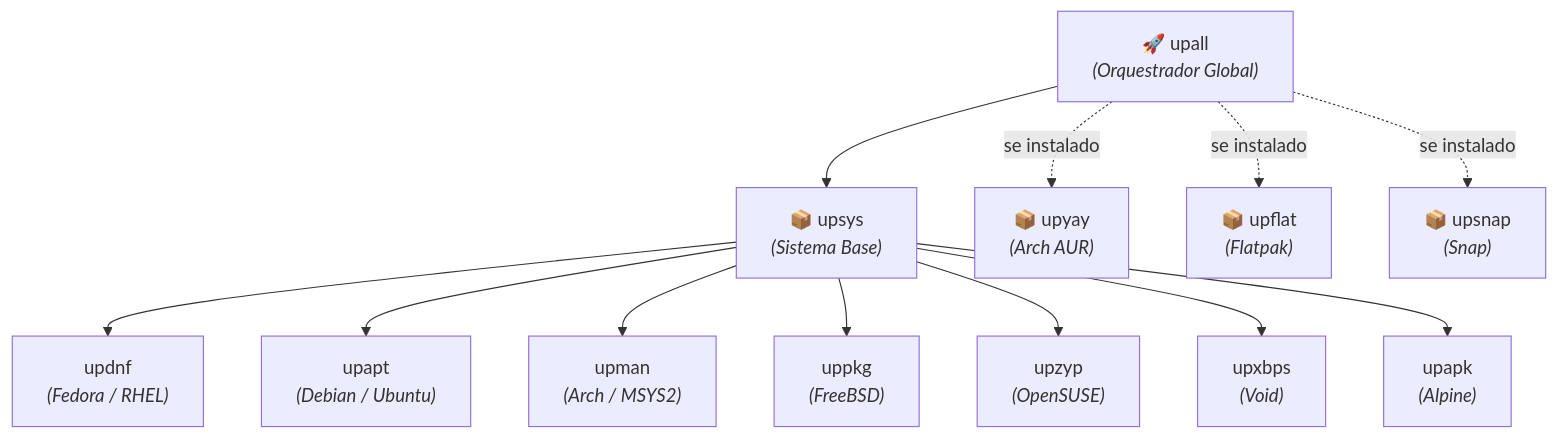
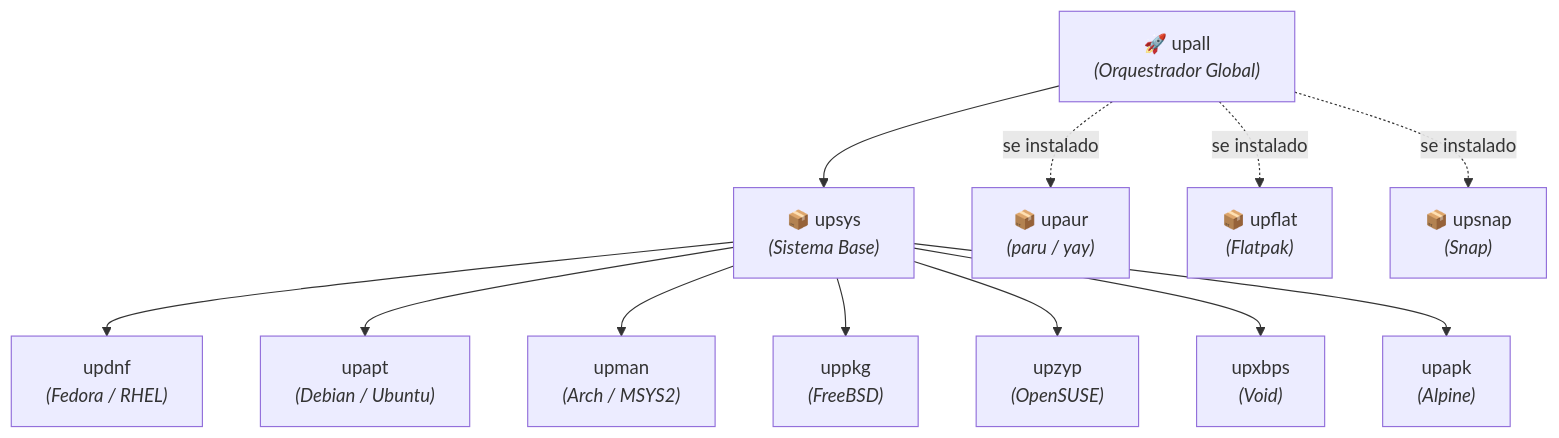
One commit to GabrielFrigo4/shell changed the second of 3 diagrams in README.md. Above: the diagram before and after it, drawn with Mermaid. The commit also changed other lines of this file and 35 other files, not shown here.

````diff
--- a/README.md
+++ b/README.md
@@ -166,18 +197,18 @@
 ```mermaid
 flowchart TD
     UPALL["🚀 upall<br/><i>(Orquestrador Global)</i>"]
     UPSYS["📦 upsys<br/><i>(Sistema Base)</i>"]
 
     UPALL --> UPSYS
-    UPALL -.->|se instalado| YAY["📦 upyay<br/><i>(Arch AUR)</i>"]
+    UPALL -.->|se instalado| AUR["📦 upaur<br/><i>(paru / yay)</i>"]
     UPALL -.->|se instalado| FLAT["📦 upflat<br/><i>(Flatpak)</i>"]
     UPALL -.->|se instalado| SNAP["📦 upsnap<br/><i>(Snap)</i>"]
 
     UPSYS --> DNF["updnf<br/><i>(Fedora / RHEL)</i>"]
     UPSYS --> APT["upapt<br/><i>(Debian / Ubuntu)</i>"]
     UPSYS --> MAN["upman<br/><i>(Arch / MSYS2)</i>"]
     UPSYS --> PKG["uppkg<br/><i>(FreeBSD)</i>"]
     UPSYS --> ZYP["upzyp<br/><i>(OpenSUSE)</i>"]
     UPSYS --> XBPS["upxbps<br/><i>(Void)</i>"]
     UPSYS --> APK["upapk<br/><i>(Alpine)</i>"]
 ```
````
